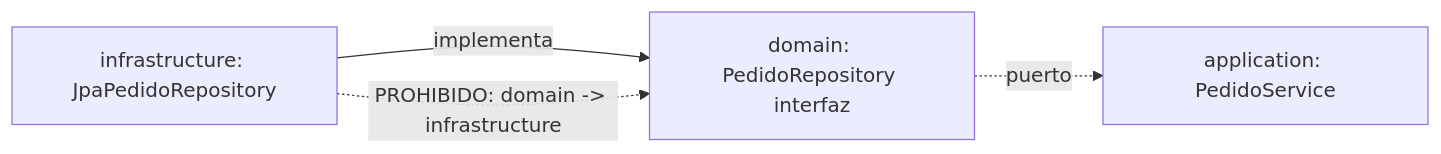
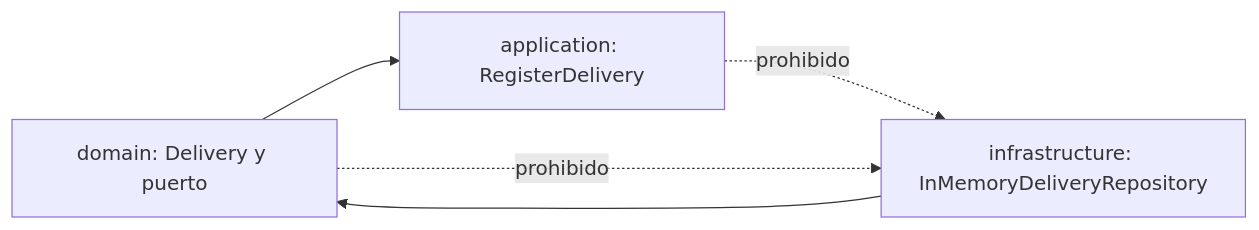
The second of 4 diagrams in web/public/content/spring-boot/modulo-15.md (NICORUIZ93/The_Imperial_Book), drawn with Mermaid before and after one commit. The commit also changed other lines of this file and 26 other files, not shown here.

````diff
--- a/web/public/content/spring-boot/modulo-15.md
+++ b/web/public/content/spring-boot/modulo-15.md
@@ -228,6 +219,7 @@
 ```mermaid
 flowchart LR
-  D[domain: PedidoRepository interfaz] -.->|puerto| A[application: PedidoService]
-  I[infrastructure: JpaPedidoRepository] -->|implementa| D
-  I -.->|PROHIBIDO: domain -> infrastructure| D
+  D[domain: Delivery y puerto] --> A[application: RegisterDelivery]
+  I[infrastructure: InMemoryDeliveryRepository] --> D
+  A -. prohibido .-> I
+  D -. prohibido .-> I
 ```
````
